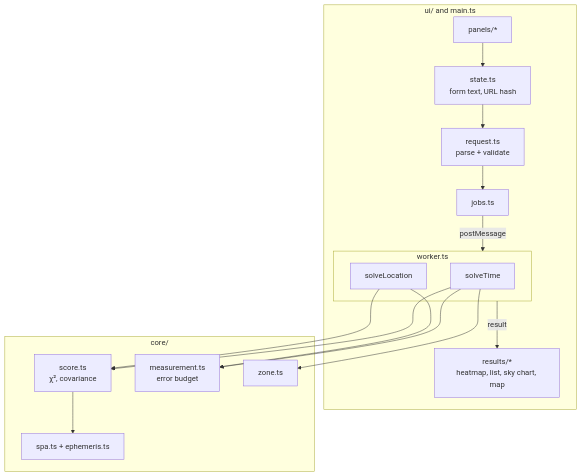
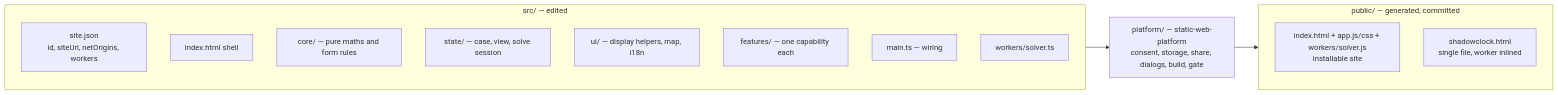
Before and after one commit to Ben0x0a/shadow-clock: the first of 2 diagrams in docs/architecture.md, drawn with Mermaid. The commit also changed other lines of this file and 129 other files, not shown here.

First line of the commit message:
refactor: migrate to static-web-platform 1.2.0

````diff
--- a/docs/architecture.md
+++ b/docs/architecture.md
@@ -6,19 +8,19 @@
 ```mermaid
-flowchart TD
-  subgraph UI [ui/ and main.ts]
-    S[state.ts<br/>form text, URL hash] --> R[request.ts<br/>parse + validate]
-    P[panels/*] --> S
-    R --> J[jobs.ts]
-    J -->|postMessage| W
-    W -->|result| V[results/*<br/>heatmap, list, sky chart, map]
+flowchart LR
+  subgraph src [src/ — edited]
+    site[site.json<br/>id, siteUrl, netOrigins, workers]
+    shell[index.html shell]
+    core[core/ — pure maths and form rules]
+    state[state/ — case, view, solve session]
+    ui[ui/ — display helpers, map, i18n]
+    features[features/ — one capability each]
+    main[main.ts — wiring]
+    worker[workers/solver.ts]
   end
-  subgraph W [worker.ts]
-    ST[solveTime] & SL[solveLocation]
+  platform[platform/ — static-web-platform<br/>consent, storage, share, dialogs, build, gate]
+  subgraph out [public/ — generated, committed]
+    siteOut[index.html + app.js/css + workers/solver.js<br/>installable site]
+    single[shadowclock.html<br/>single file, worker inlined]
   end
-  subgraph Core [core/]
-    ST & SL --> SC[score.ts<br/>χ², covariance]
-    SC --> SPA[spa.ts + ephemeris.ts]
-    ST & SL --> M[measurement.ts<br/>error budget]
-    ST --> Z[zone.ts]
-  end
+  src --> platform --> out
 ```
````
